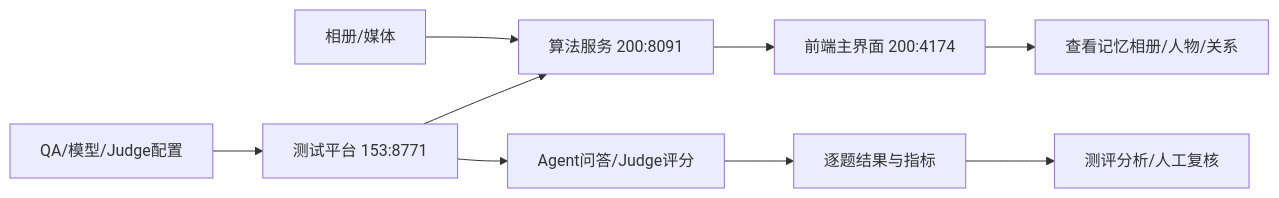
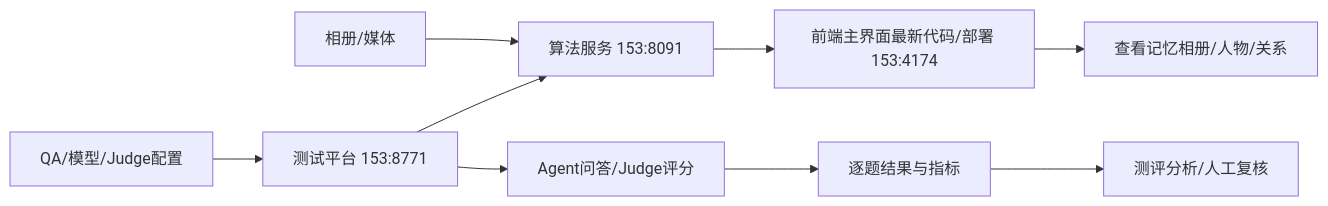
The first of 12 diagrams in docs/project-introduction-and-evaluation-guide.md (yuxi1996/sentrix-home-test), drawn with Mermaid before and after one commit. The commit also changed other lines of this file and 1 other file, not shown here.

````diff
--- a/docs/project-introduction-and-evaluation-guide.md
+++ b/docs/project-introduction-and-evaluation-guide.md
@@ -23,11 +23,11 @@
 ```mermaid
 flowchart LR
-    A[相册/媒体] --> B[算法服务 200:8091]
-    B --> C[前端主界面 200:4174]
+    A[相册/媒体] --> B[算法服务 153:8091]
+    B --> C[前端主界面最新代码/部署 153:4174]
     D[QA/模型/Judge配置] --> E[测试平台 153:8771]
     E --> B
     E --> F[Agent问答/Judge评分]
     F --> G[逐题结果与指标]
     C --> H[查看记忆相册/人物/关系]
     G --> I[测评分析/人工复核]
 ```
````
